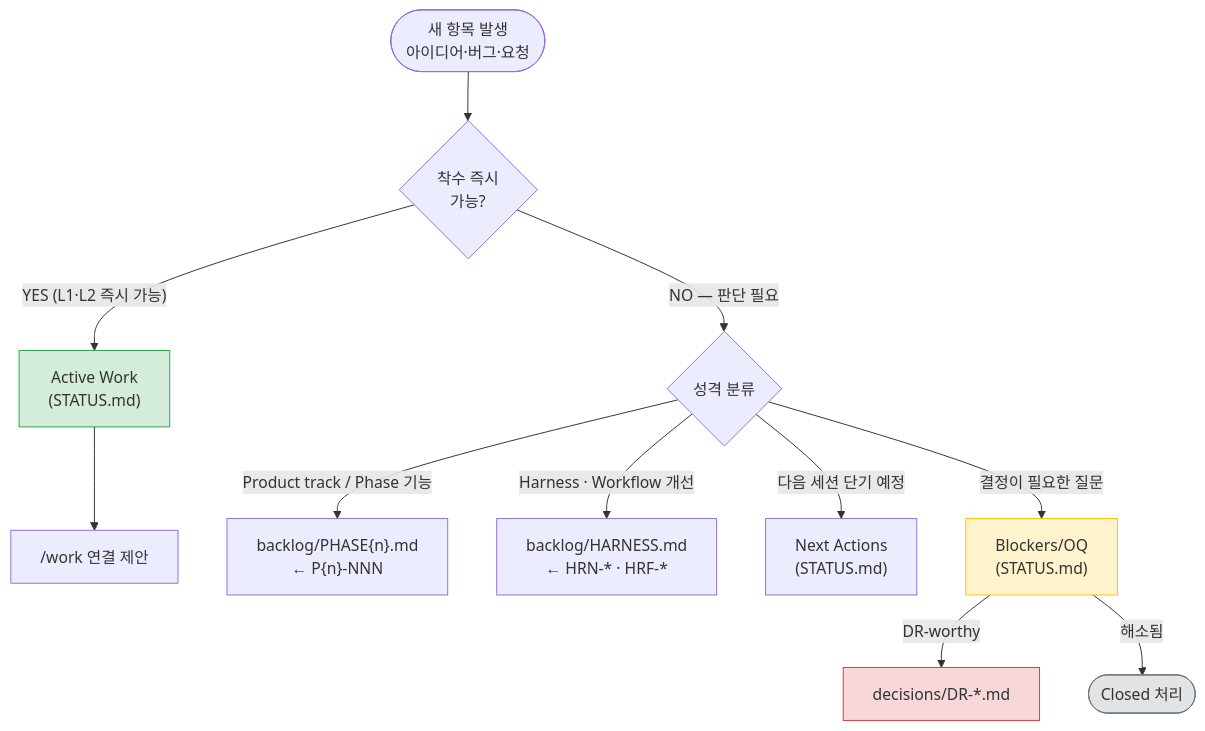
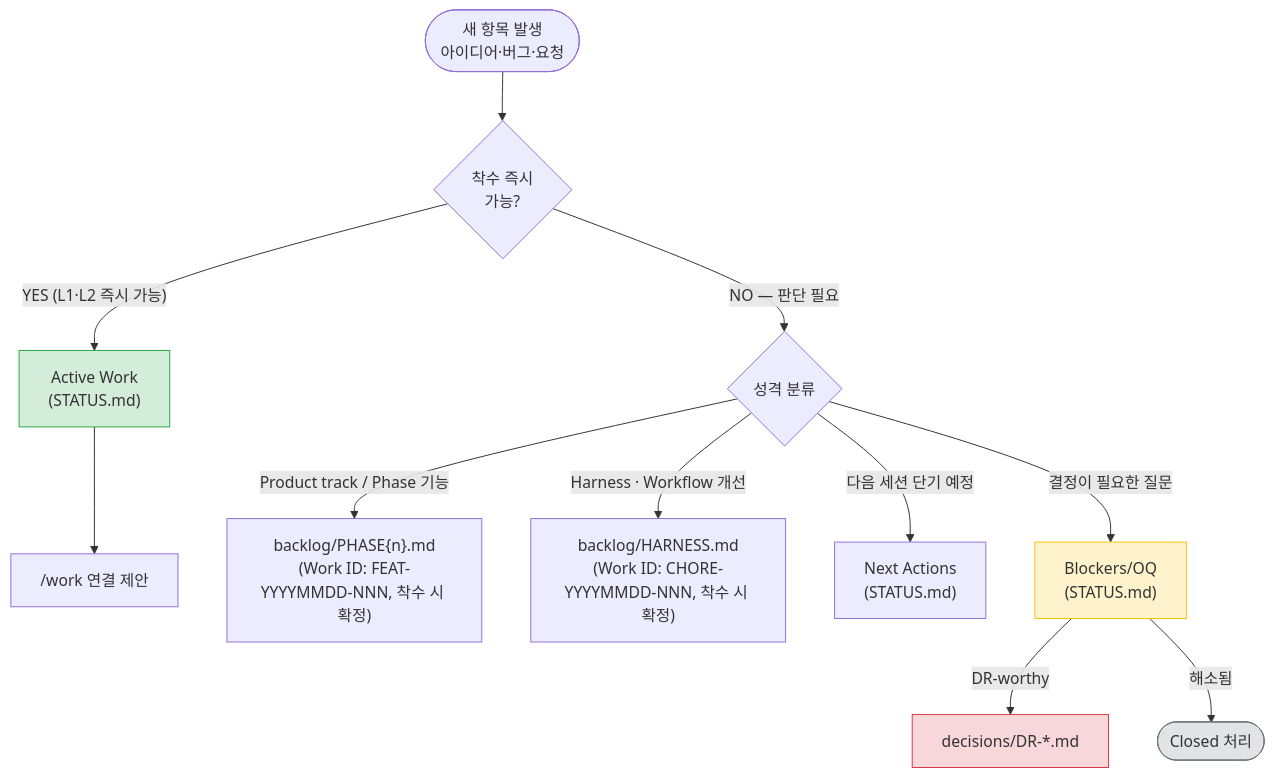
Before and after one commit to kyungseo/ai-workflow-harness: the seventh of 14 diagrams in docs/WORKFLOW-MANUAL.md, drawn with Mermaid. The commit also changed other lines of this file and 22 other files, not shown here.

First line of the commit message:
chore: CHORE-20260527-001 Work/OQ/Tracker ID Rule 도입 — TYPE 기반 날짜 형식 확정

````diff
--- a/docs/WORKFLOW-MANUAL.md
+++ b/docs/WORKFLOW-MANUAL.md
@@ -393,22 +393,22 @@
 ```mermaid
 flowchart TD
     NEW(["새 항목 발생\n아이디어·버그·요청"]) --> URGENT{"착수 즉시\n가능?"}
 
     URGENT -- "YES (L1·L2 즉시 가능)" --> AW["Active Work\n(STATUS.md)"]
     AW --> WORK_CMD["/work 연결 제안"]
 
     URGENT -- "NO — 판단 필요" --> TYPE{"성격 분류"}
 
-    TYPE -- "Product track / Phase 기능" --> PBL["backlog/PHASE{n}.md\n← P{n}-NNN"]
-    TYPE -- "Harness · Workflow 개선" --> HBL["backlog/HARNESS.md\n← HRN-* · HRF-*"]
+    TYPE -- "Product track / Phase 기능" --> PBL["backlog/PHASE{n}.md\n(Work ID: FEAT-YYYYMMDD-NNN, 착수 시 확정)"]
+    TYPE -- "Harness · Workflow 개선" --> HBL["backlog/HARNESS.md\n(Work ID: CHORE-YYYYMMDD-NNN, 착수 시 확정)"]
     TYPE -- "다음 세션 단기 예정" --> NA["Next Actions\n(STATUS.md)"]
     TYPE -- "결정이 필요한 질문" --> OQ["Blockers/OQ\n(STATUS.md)"]
 
     OQ -- "DR-worthy" --> DR["decisions/DR-*.md"]
     OQ -- "해소됨" --> CLOSED(["Closed 처리"])
 
     style AW fill:#d4edda,stroke:#28a745
     style OQ fill:#fff3cd,stroke:#ffc107
     style DR fill:#f8d7da,stroke:#dc3545
     style CLOSED fill:#e2e3e5,stroke:#6c757d
 ```
````
